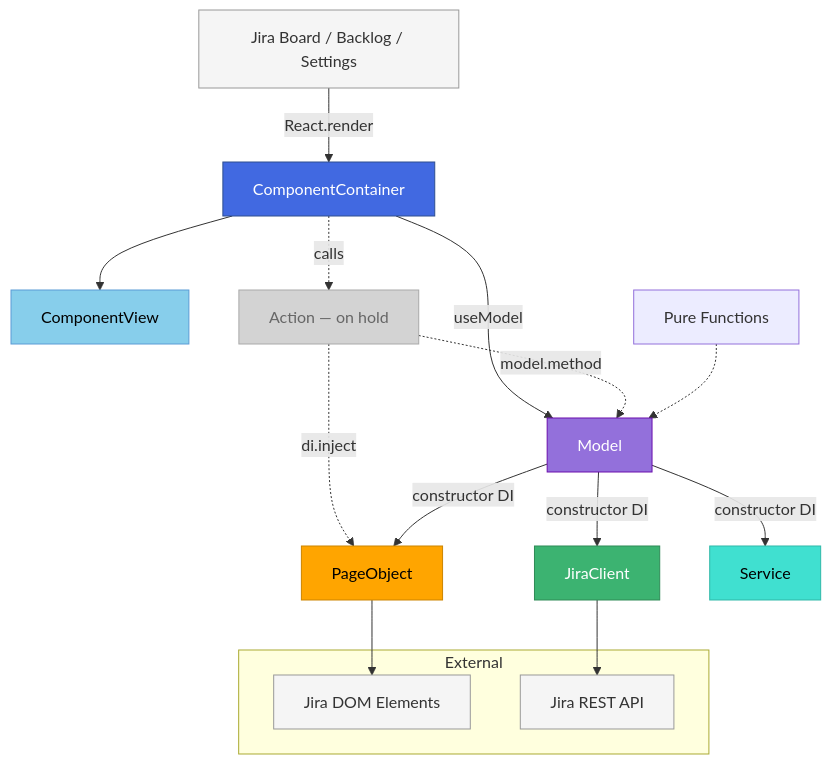
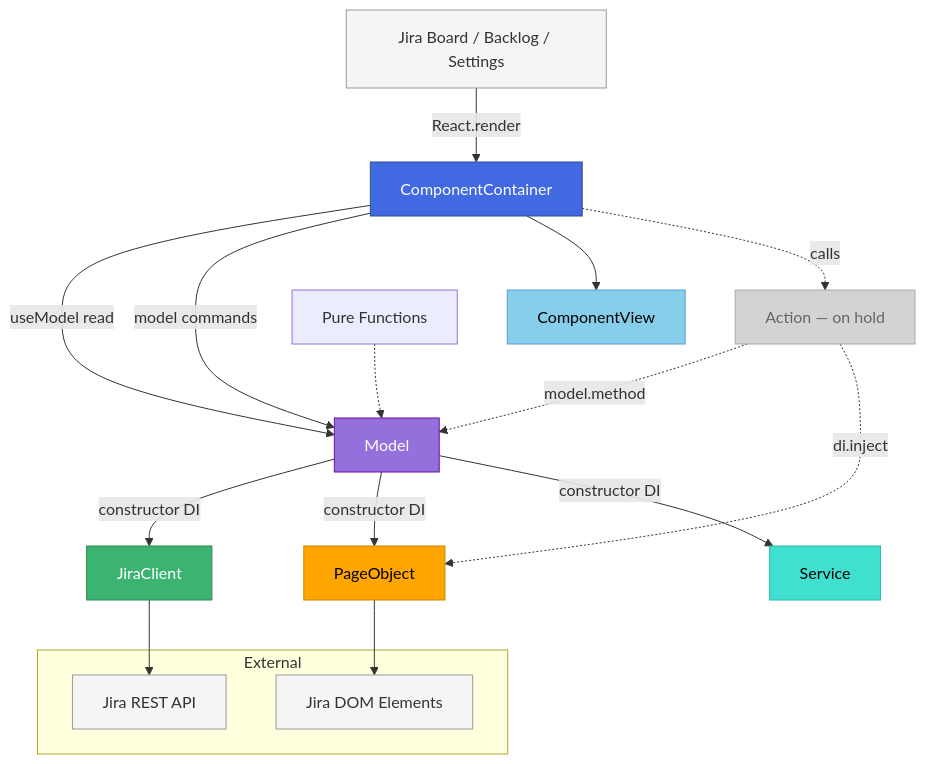
The first of 3 diagrams in docs/architecture_guideline.md (jira-helper/jira-helper), drawn with Mermaid before and after one commit. The commit also changed other lines of this file and 11 other files, not shown here.

````diff
--- a/docs/architecture_guideline.md
+++ b/docs/architecture_guideline.md
@@ -8,49 +8,50 @@
 ```mermaid
 flowchart TB
     subgraph External [External]
         JiraDOMElements[Jira DOM Elements]
         JiraAPI[Jira REST API]
     end
 
     DOM[Jira Board / Backlog / Settings]
 
     Container[ComponentContainer]
     View[ComponentView]
     Model[Model]
     Action[Action — on hold]
     PageObject[PageObject]
     JiraClient[JiraClient]
     Service[Service]
     PureFunctions[Pure Functions]
 
     DOM -->|React.render| Container
-    Container -->|useModel| Model
+    Container -->|useModel read| Model
+    Container -->|model commands| Model
     Container --> View
     Container -.->|calls| Action
     Action -.->|model.method| Model
     Action -.->|di.inject| PageObject
     Model -->|constructor DI| JiraClient
     Model -->|constructor DI| PageObject
     Model -->|constructor DI| Service
     PageObject --> JiraDOMElements
     JiraClient --> JiraAPI
     PureFunctions -.-> Model
 
     classDef viewStyle fill:#87CEEB,stroke:#5B9BD5,color:#000
     classDef containerStyle fill:#4169E1,stroke:#2F4F8F,color:#fff
     classDef modelStyle fill:#9370DB,stroke:#6A0DAD,color:#fff
     classDef pageObjectStyle fill:#FFA500,stroke:#CC8400,color:#000
     classDef jiraClientStyle fill:#3CB371,stroke:#2E8B57,color:#fff
     classDef serviceStyle fill:#40E0D0,stroke:#2EB8A8,color:#000
     classDef actionStyle fill:#D3D3D3,stroke:#A9A9A9,color:#666
     classDef externalStyle fill:#f5f5f5,stroke:#999,color:#333
 
     class View viewStyle
     class Container containerStyle
     class Model modelStyle
     class PageObject pageObjectStyle
     class JiraClient jiraClientStyle
     class Service serviceStyle
     class Action actionStyle
     class DOM,JiraDOMElements,JiraAPI externalStyle
 ```
````
